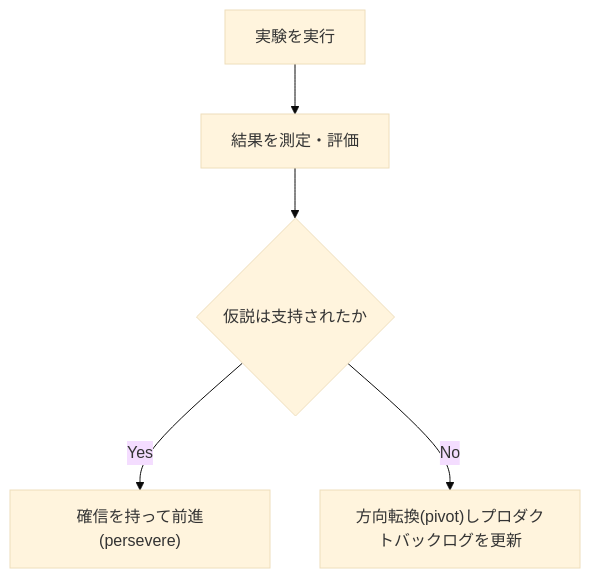
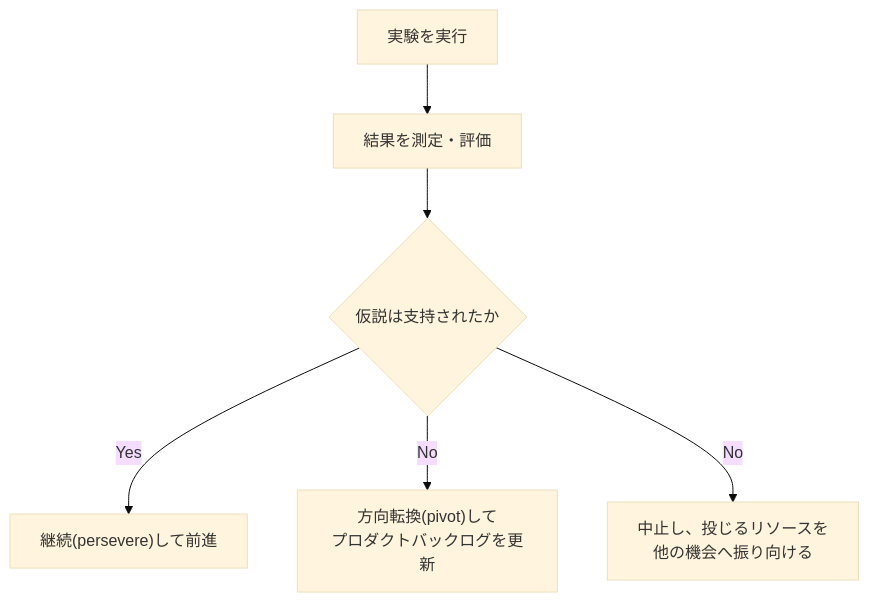
Before and after one commit to myoshi2891/Management-Team-Building-Studies: diagram 13 of 19 in Csp-po-certified-scrum-professional-product-owner-study-guide.md, drawn with Mermaid (base theme). The commit also changed other lines of this file and 1 other file, not shown here.

````diff
--- a/Csp-po-certified-scrum-professional-product-owner-study-guide.md
+++ b/Csp-po-certified-scrum-professional-product-owner-study-guide.md
@@ -913,7 +916,8 @@
 ```mermaid
 flowchart TD
     D["実験を実行"] --> E["結果を測定・評価"]
     E --> F{"仮説は支持されたか"}
-    F -- "Yes" --> G["確信を持って前進(persevere)"]
-    F -- "No" --> H["方向転換(pivot)しプロダクトバックログを更新"]
+    F -- "Yes" --> G["継続(persevere)して前進"]
+    F -- "No" --> H["方向転換(pivot)して<br/>プロダクトバックログを更新"]
+    F -- "No" --> I["中止し、投じるリソースを<br/>他の機会へ振り向ける"]
 ```
````
